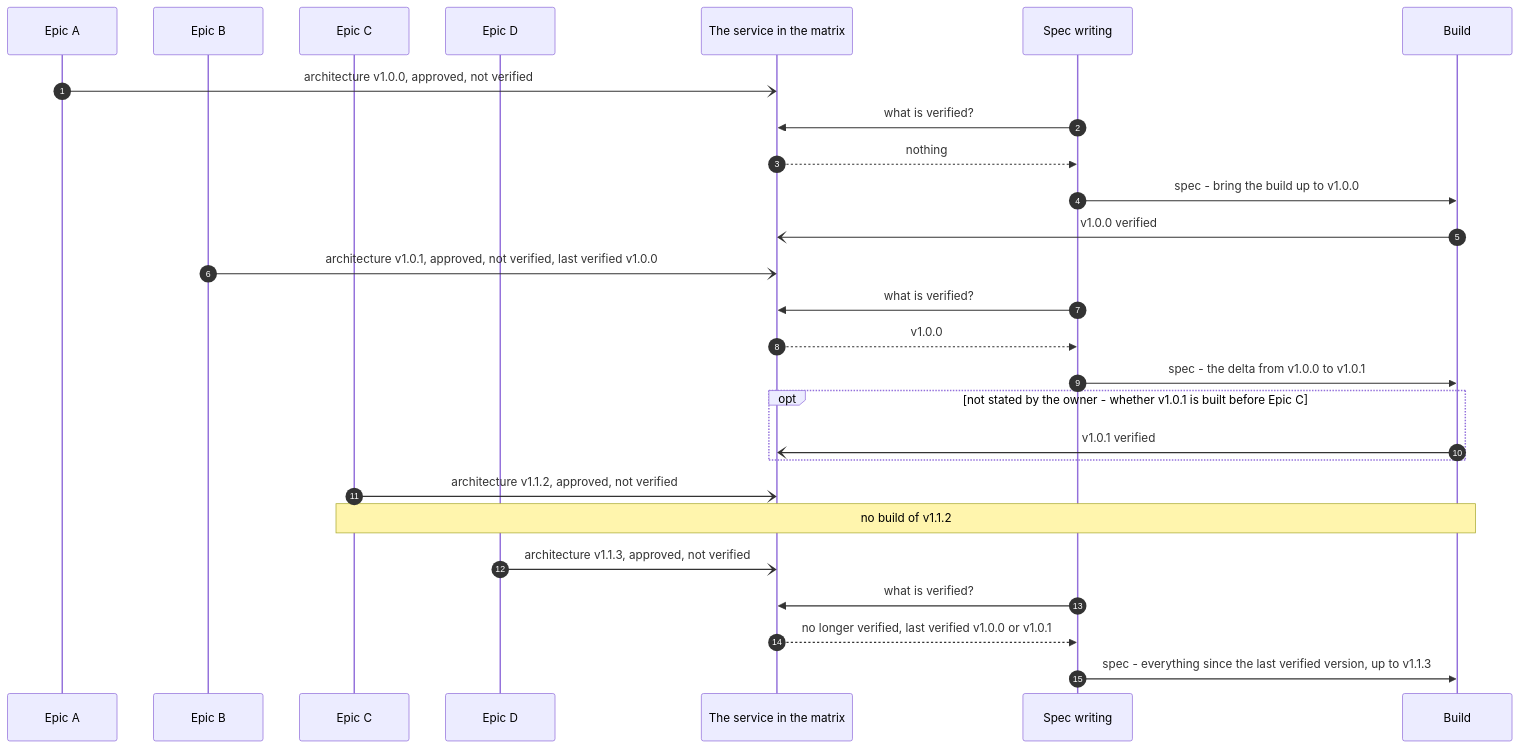
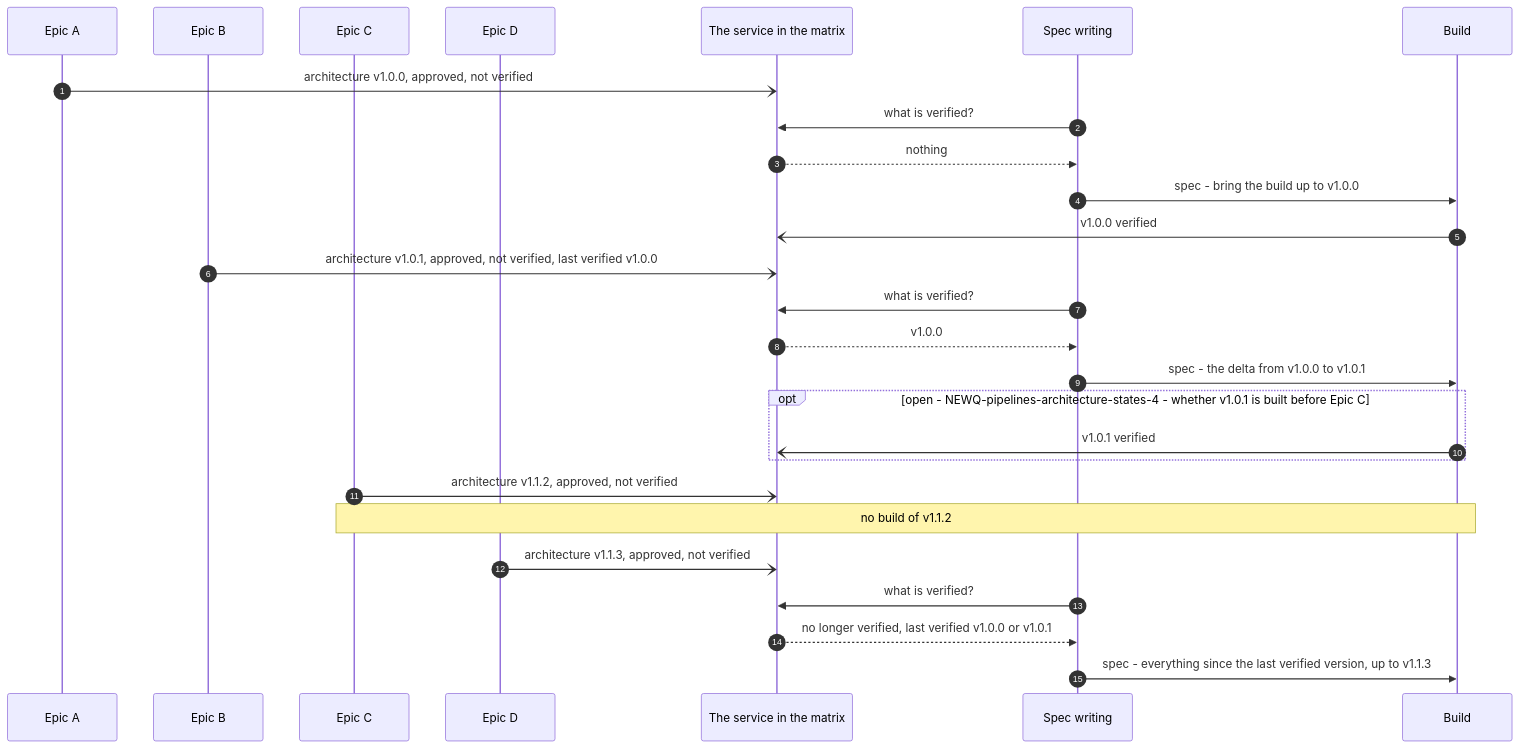
Before and after one commit to mark-satterfield/toolset: the fifth of 5 diagrams in plugins/agent-teams-workforce/blueprint/design/pipelines-architecture-states.md, drawn with Mermaid. The commit also changed other lines of this file and 3 other files, not shown here.

First line of the commit message:
docs(blueprint): show elaboration and the matrix states only as the owner wants them

````diff
--- a/plugins/agent-teams-workforce/blueprint/design/pipelines-architecture-states.md
+++ b/plugins/agent-teams-workforce/blueprint/design/pipelines-architecture-states.md
@@ -228,30 +226,30 @@
 ```mermaid
 sequenceDiagram
     autonumber
     participant A as Epic A
     participant B as Epic B
     participant C as Epic C
     participant D as Epic D
     participant SVC as The service in the matrix
     participant SP as Spec writing
     participant BU as Build
 
     A-)SVC: architecture v1.0.0, approved, not verified
     SP->>SVC: what is verified?
     SVC-->>SP: nothing
     SP->>BU: spec - bring the build up to v1.0.0
     BU-)SVC: v1.0.0 verified
     B-)SVC: architecture v1.0.1, approved, not verified, last verified v1.0.0
     SP->>SVC: what is verified?
     SVC-->>SP: v1.0.0
     SP->>BU: spec - the delta from v1.0.0 to v1.0.1
-    opt not stated by the owner - whether v1.0.1 is built before Epic C
+    opt open - NEWQ-pipelines-architecture-states-4 - whether v1.0.1 is built before Epic C
         BU-)SVC: v1.0.1 verified
     end
     C-)SVC: architecture v1.1.2, approved, not verified
     Note over C,BU: no build of v1.1.2
     D-)SVC: architecture v1.1.3, approved, not verified
     SP->>SVC: what is verified?
     SVC-->>SP: no longer verified, last verified v1.0.0 or v1.0.1
     SP->>BU: spec - everything since the last verified version, up to v1.1.3
 ```
````
